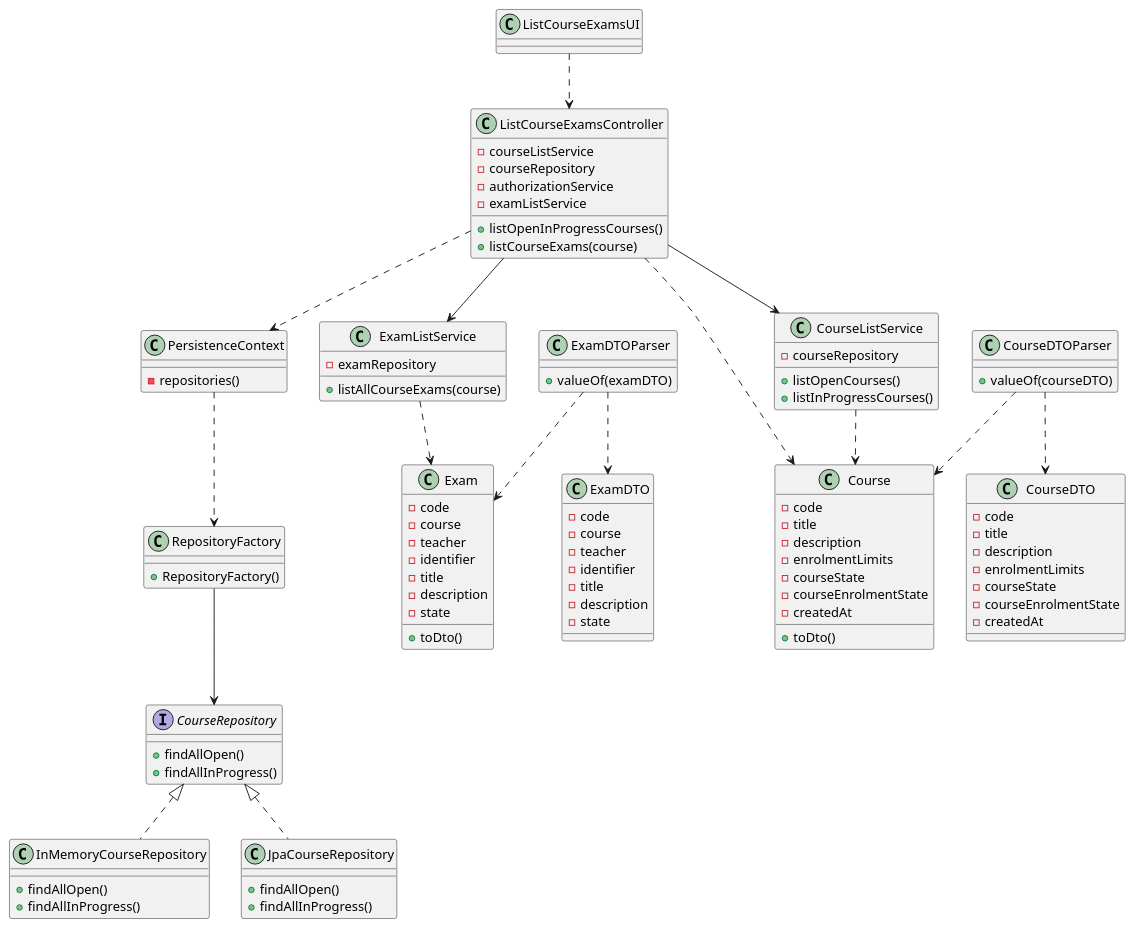
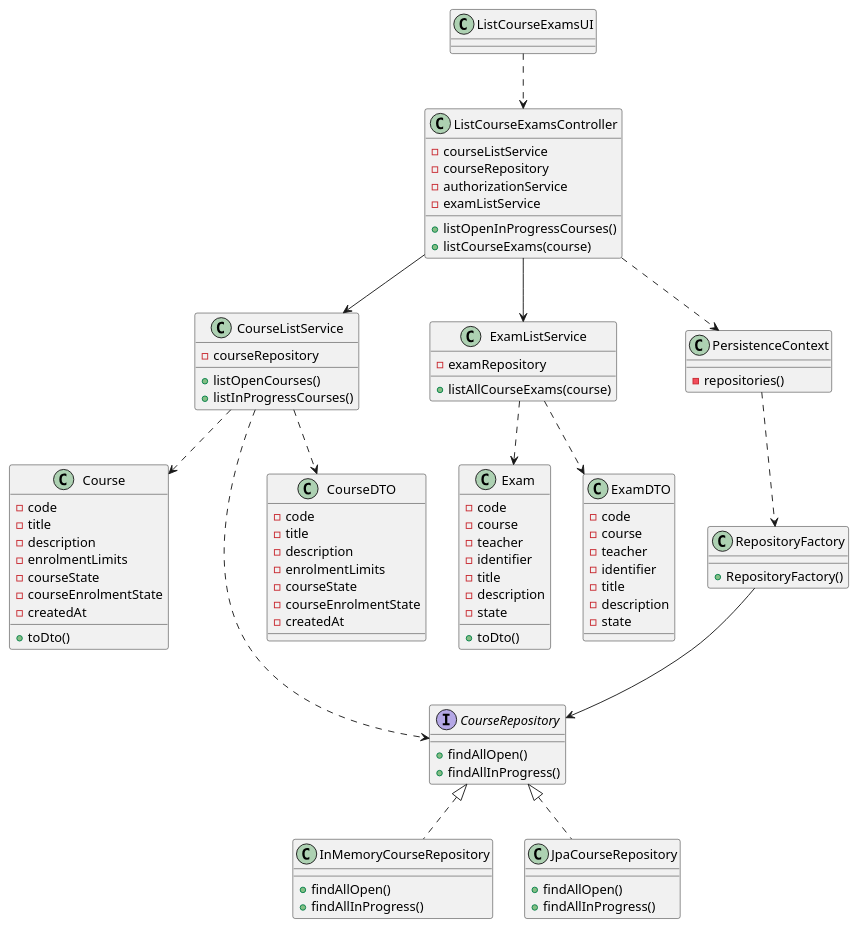
The diagram in docs/sprint-b/us23-2003/US2003_CD.puml (miseEnPlace-dev/lapr4), drawn with PlantUML before and after one commit. The commit also changed 11 other files, not shown here.

```diff
--- a/docs/sprint-b/us23-2003/US2003_CD.puml
+++ b/docs/sprint-b/us23-2003/US2003_CD.puml
@@ -1,124 +1,118 @@
 @startuml US2003_CD
 
 class ListCourseExamsUI {
 
 }
 
 class ListCourseExamsController {
 - courseListService
 - courseRepository
 - authorizationService
 - examListService
 + listOpenInProgressCourses()
 + listCourseExams(course)
 }
 
 
 class Course {
   - code
   - title
   - description
   - enrolmentLimits
   - courseState
   - courseEnrolmentState
   - createdAt
   + toDto()
 }
 
 class RepositoryFactory {
   + RepositoryFactory()
 }
 
 interface CourseRepository {
   + findAllOpen()
   + findAllInProgress()
 }
 
 class CourseListService {
   - courseRepository
 
   + listOpenCourses()
   + listInProgressCourses()
 }
 
 class ExamListService {
 - examRepository
 + listAllCourseExams(course)
 
 }
 
 class Exam {
 - code
 - course
 - teacher
 - identifier
 - title
 - description
 - state
 + toDto()
 }
 
 class ExamDTO {
 - code
 - course
 - teacher
 - identifier
 - title
 - description
 - state
 }
 
-class ExamDTOParser {
-+ valueOf(examDTO)
-}
-
 class CourseDTO {
   - code
   - title
   - description
   - enrolmentLimits
   - courseState
   - courseEnrolmentState
   - createdAt
 }
 
-class CourseDTOParser {
-  + valueOf(courseDTO)
-}
 
 
 class InMemoryCourseRepository {
   + findAllOpen()
   + findAllInProgress()
 }
 
 class JpaCourseRepository {
   + findAllOpen()
   + findAllInProgress()
 }
 
 class PersistenceContext {
   - repositories()
 }
 
 
 PersistenceContext ..> RepositoryFactory
 RepositoryFactory --> CourseRepository
 
 CourseRepository <|.. InMemoryCourseRepository
 CourseRepository <|.. JpaCourseRepository
 ListCourseExamsController ..> PersistenceContext
-ListCourseExamsController ..> Course
 ListCourseExamsUI ..> ListCourseExamsController
 
 ExamListService ..> Exam
 CourseListService ..> Course
+CourseListService ..> CourseRepository
 
-ExamDTOParser ..> ExamDTO
-ExamDTOParser ..> Exam
+ExamListService ..> ExamDTO
+CourseListService ..> CourseDTO
+
 ListCourseExamsController --> CourseListService
 ListCourseExamsController --> ExamListService
-CourseDTOParser ..> CourseDTO
-CourseDTOParser ..> Course
+
+
 
 @enduml
```
